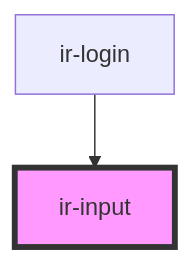
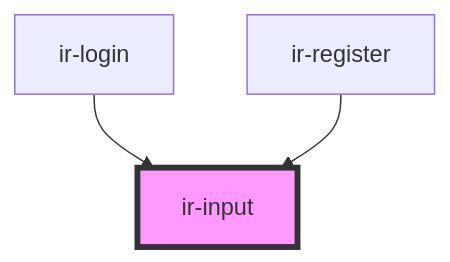
One commit to David1Chowaifaty/assignment-2-web-c changed the diagram in src/components/ir-input/readme.md. Above: the diagram before and after it, drawn with Mermaid. The commit also changed other lines of this file and 8 other files, not shown here.

````diff
--- a/src/components/ir-input/readme.md
+++ b/src/components/ir-input/readme.md
@@ -36,5 +37,6 @@
 ```mermaid
 graph TD;
   ir-login --> ir-input
+  ir-register --> ir-input
   style ir-input fill:#f9f,stroke:#333,stroke-width:4px
 ```
````
